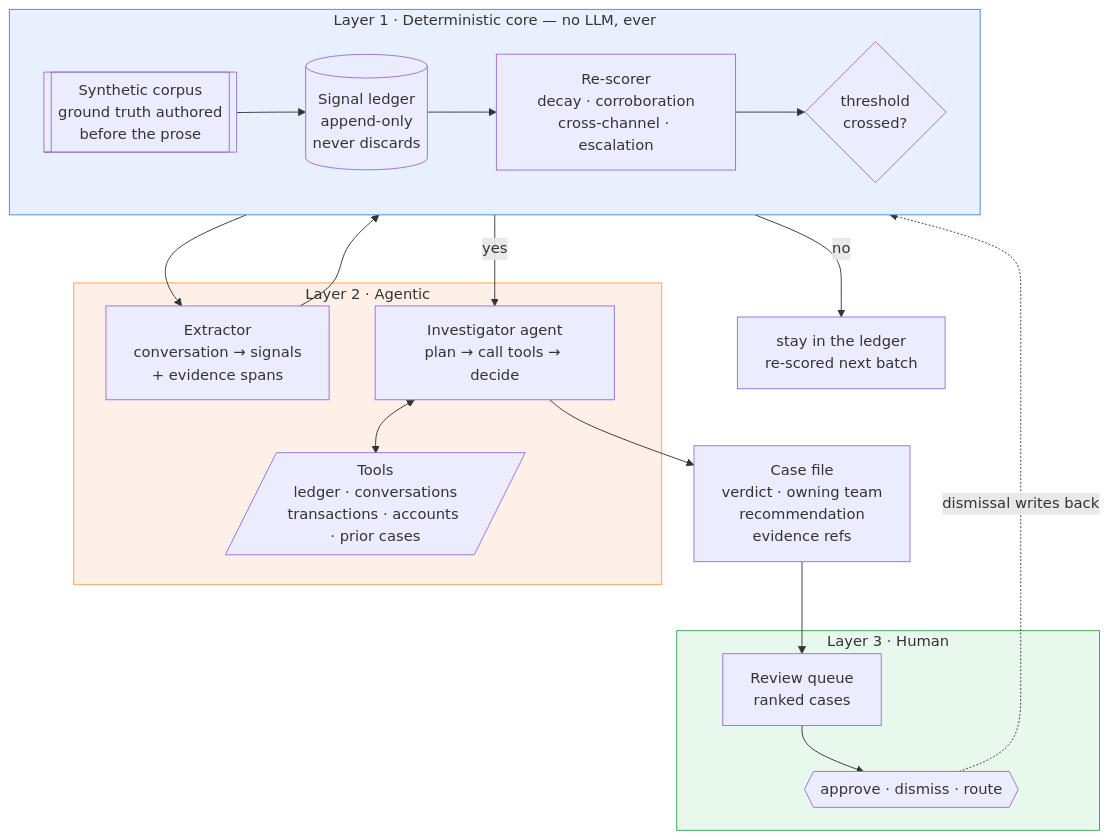
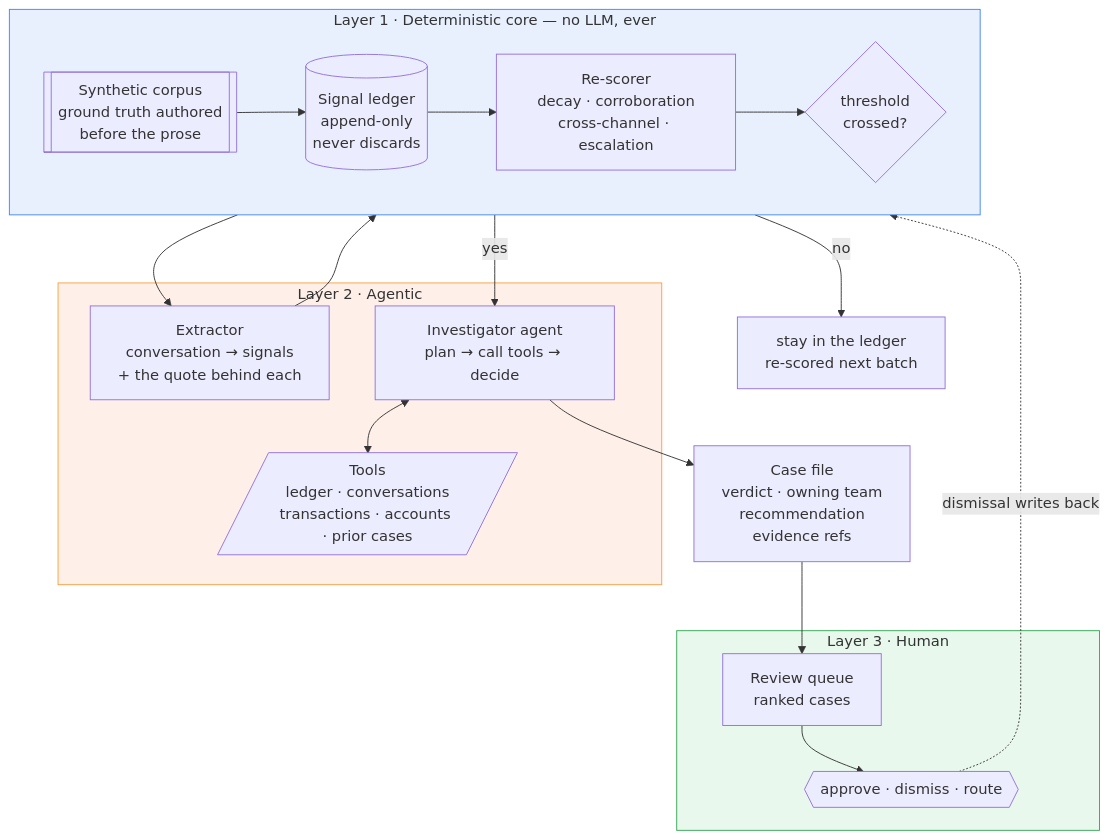
Before and after one commit to ravijp/Genesis_2026: the first of 4 diagrams in docs/architecture/architecture.md, drawn with Mermaid. The commit also changed other lines of this file and 12 other files, not shown here.

````diff
--- a/docs/architecture/architecture.md
+++ b/docs/architecture/architecture.md
@@ -23,35 +23,35 @@
 ```mermaid
 flowchart TB
     subgraph L1["Layer 1 · Deterministic core — no LLM, ever"]
         direction LR
         CORPUS[["Synthetic corpus<br/>ground truth authored<br/>before the prose"]]
         LEDGER[("Signal ledger<br/>append-only<br/>never discards")]
         RESCORE["Re-scorer<br/>decay · corroboration<br/>cross-channel · escalation"]
         TRIGGER{"threshold<br/>crossed?"}
         CORPUS --> LEDGER --> RESCORE --> TRIGGER
     end
 
     subgraph L2["Layer 2 · Agentic"]
-        EXTRACT["Extractor<br/>conversation → signals<br/>+ evidence spans"]
+        EXTRACT["Extractor<br/>conversation → signals<br/>+ the quote behind each"]
         AGENT["Investigator agent<br/>plan → call tools → decide"]
         TOOLS[/"Tools<br/>ledger · conversations<br/>transactions · accounts · prior cases"/]
         AGENT <--> TOOLS
     end
 
     subgraph L3["Layer 3 · Human"]
         QUEUE["Review queue<br/>ranked cases"]
         ACT{{"approve · dismiss · route"}}
         QUEUE --> ACT
     end
 
     CORPUS --> EXTRACT --> LEDGER
     TRIGGER -->|yes| AGENT
     TRIGGER -->|no| WAIT["stay in the ledger<br/>re-scored next batch"]
     AGENT --> CASE["Case file<br/>verdict · owning team<br/>recommendation<br/>evidence refs"]
     CASE --> QUEUE
     ACT -.->|dismissal writes back| LEDGER
 
     style L1 fill:#e8f0fe,stroke:#4285f4
     style L2 fill:#fef0e8,stroke:#f4a142
     style L3 fill:#e8f8ec,stroke:#34a853
 ```
````
